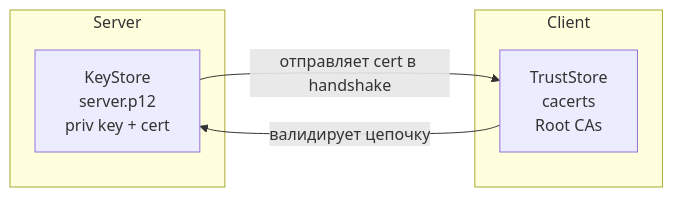
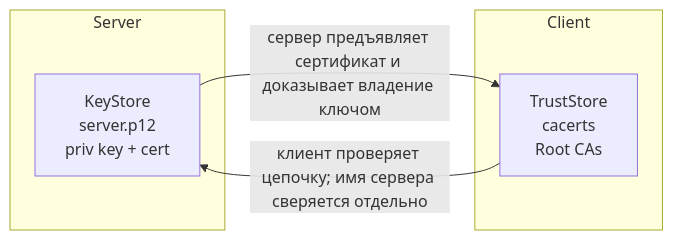
Before and after one commit to akeverus/cheat-sheet: the eighth of 9 diagrams in cheatsheets/interview/security/tls-ssl-interview.md, drawn with Mermaid. The commit also changed other lines of this file and 154 other files, not shown here.

````diff
--- a/cheatsheets/interview/security/tls-ssl-interview.md
+++ b/cheatsheets/interview/security/tls-ssl-interview.md
@@ -774,12 +773,12 @@
 ```mermaid
 graph LR
     subgraph Server
       KS_S[KeyStore<br/>server.p12<br/>priv key + cert]
     end
     subgraph Client
       TS_C[TrustStore<br/>cacerts<br/>Root CAs]
     end
 
-    KS_S -->|отправляет cert в handshake| TS_C
-    TS_C -->|валидирует цепочку| KS_S
+    KS_S -->|сервер предъявляет сертификат и доказывает владение ключом| TS_C
+    TS_C -->|клиент проверяет цепочку; имя сервера сверяется отдельно| KS_S
 ```
````
